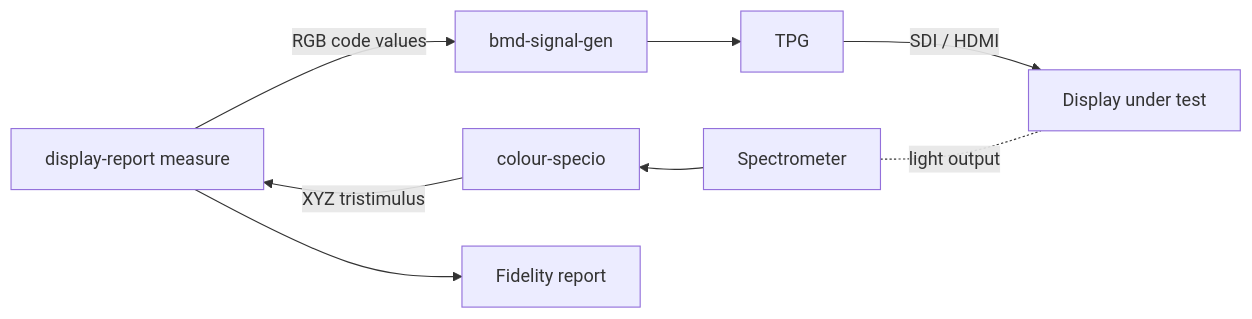
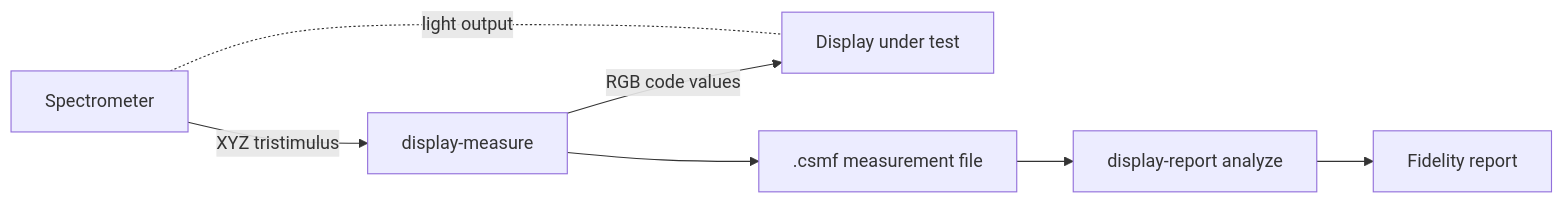
Before and after one commit to OpenDisplayEval/display-report: the diagram in USAGE.md, drawn with Mermaid. The commit also changed other lines of this file and 13 other files, not shown here.

````diff
--- a/USAGE.md
+++ b/USAGE.md
@@ -21,16 +13,14 @@
 ```mermaid
 flowchart LR
-    PC[display-report measure]
-    BMD[bmd-signal-gen]
-    TPG[TPG]
+    DM[display-measure]
     DUT[Display under test]
     SR[Spectrometer]
-    CS[colour-specio]
+    File[".csmf measurement file"]
+    DR[display-report analyze]
     Report[Fidelity report]
 
-    PC -- "RGB code values" --> BMD --> TPG -- "SDI / HDMI" --> DUT
-    PC ~~~ CS -- "XYZ tristimulus" --> PC
-    CS ~~~ SR --> CS
+    DM -- "RGB code values" --> DUT
     SR -. "light output" .- DUT
-    PC --> Report
+    SR -- "XYZ tristimulus" --> DM
+    DM --> File --> DR --> Report
 ```
````
